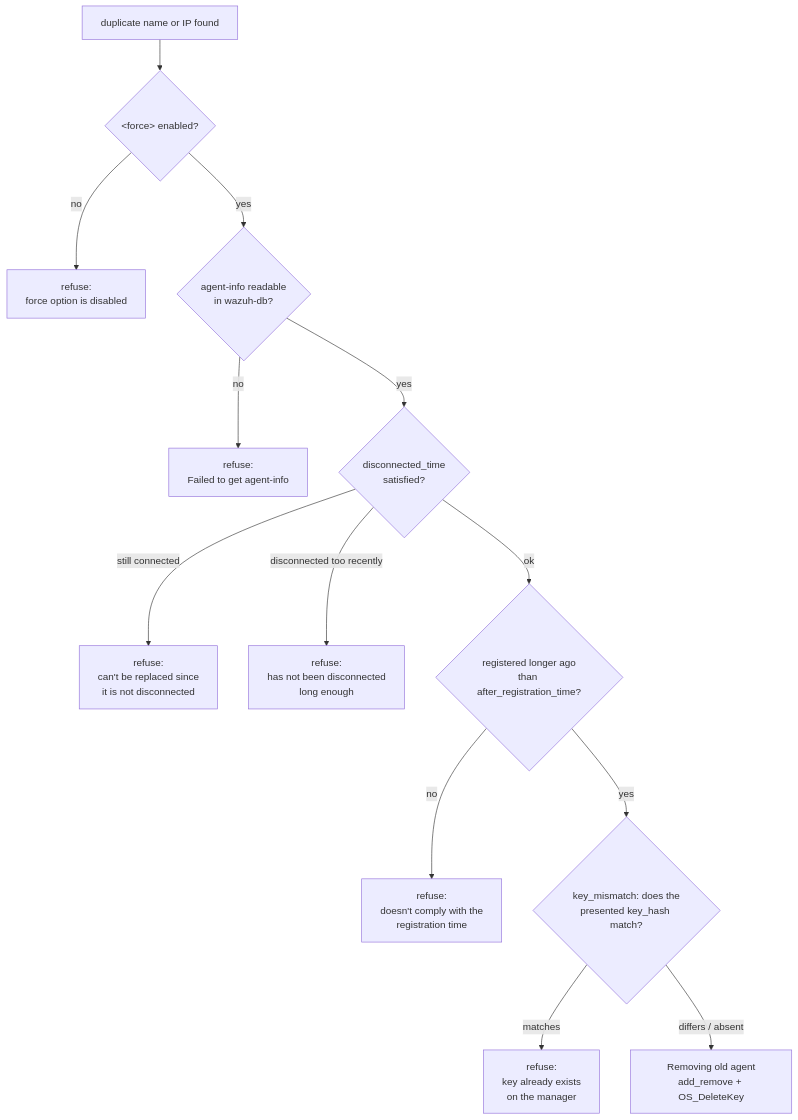
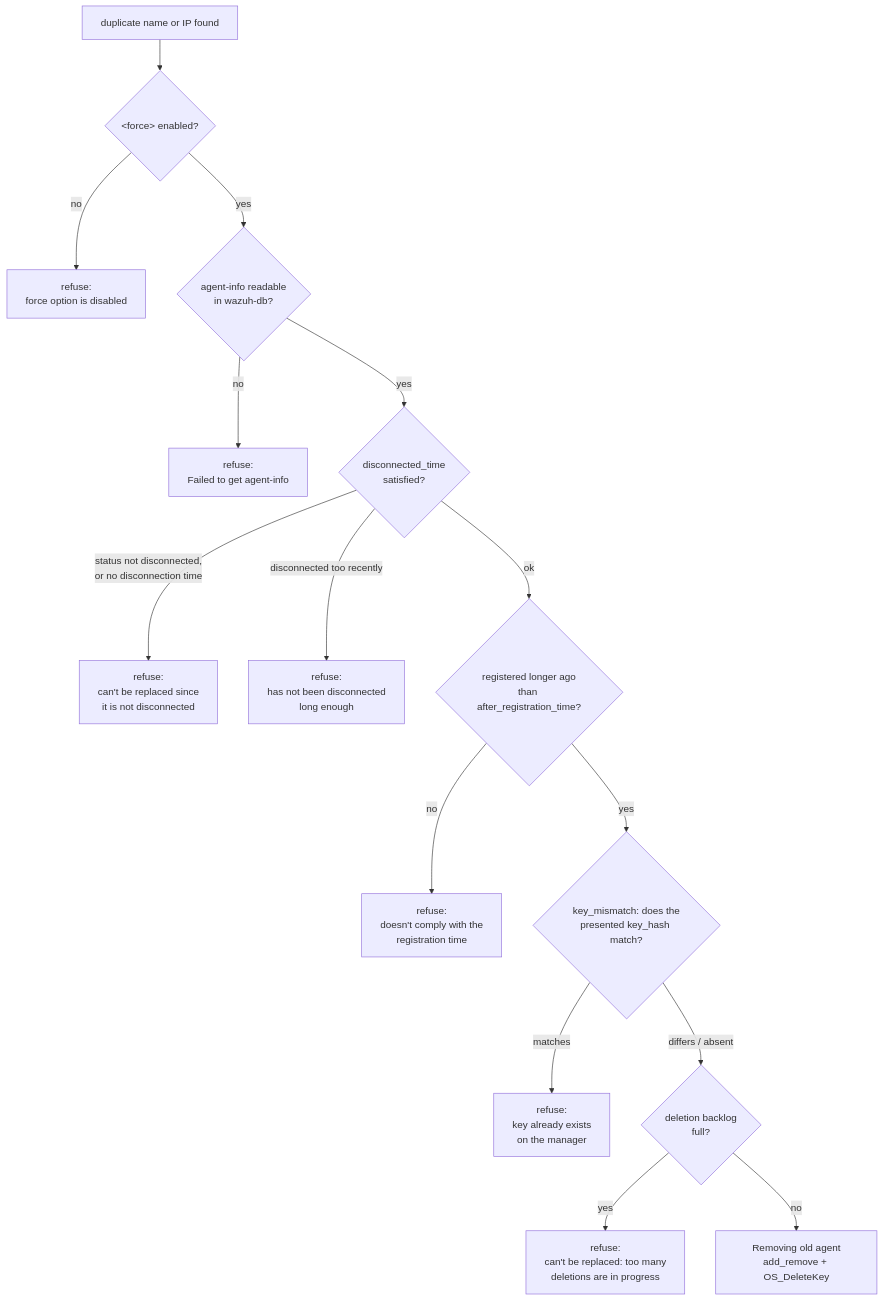
Before and after one commit to wazuh/wazuh: the fourth of 8 diagrams in docs/ref/modules/authd/architecture.md, drawn with Mermaid. The commit also changed other lines of this file and 244 other files, not shown here.

````diff
--- a/docs/ref/modules/authd/architecture.md
+++ b/docs/ref/modules/authd/architecture.md
@@ -262,15 +262,17 @@
 ```mermaid
 flowchart TB
     S["duplicate name or IP found"] --> G1{"&lt;force&gt; enabled?"}
     G1 -->|no| X1["refuse:<br/>force option is disabled"]
     G1 -->|yes| G2{"agent-info readable<br/>in wazuh-db?"}
     G2 -->|no| X2["refuse:<br/>Failed to get agent-info"]
     G2 -->|yes| G3{"disconnected_time<br/>satisfied?"}
-    G3 -->|"still connected"| X3["refuse:<br/>can't be replaced since<br/>it is not disconnected"]
+    G3 -->|"status not disconnected,<br/>or no disconnection time"| X3["refuse:<br/>can't be replaced since<br/>it is not disconnected"]
     G3 -->|"disconnected too recently"| X4["refuse:<br/>has not been disconnected<br/>long enough"]
     G3 -->|ok| G4{"registered longer ago<br/>than after_registration_time?"}
     G4 -->|no| X5["refuse:<br/>doesn't comply with the<br/>registration time"]
     G4 -->|yes| G5{"key_mismatch: does the<br/>presented key_hash match?"}
     G5 -->|"matches"| X6["refuse:<br/>key already exists<br/>on the manager"]
-    G5 -->|"differs / absent"| OK["Removing old agent<br/>add_remove + OS_DeleteKey"]
+    G5 -->|"differs / absent"| G6{"deletion backlog<br/>full?"}
+    G6 -->|yes| X7["refuse:<br/>can't be replaced: too many<br/>deletions are in progress"]
+    G6 -->|no| OK["Removing old agent<br/>add_remove + OS_DeleteKey"]
 ```
````
